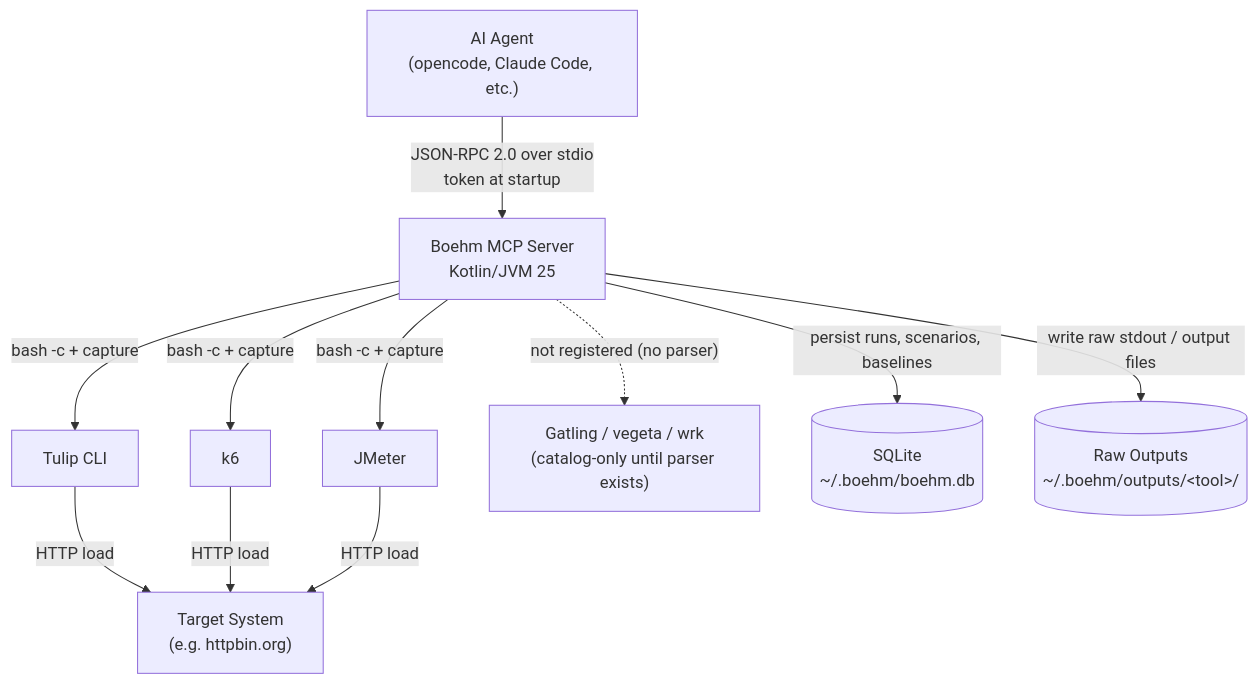
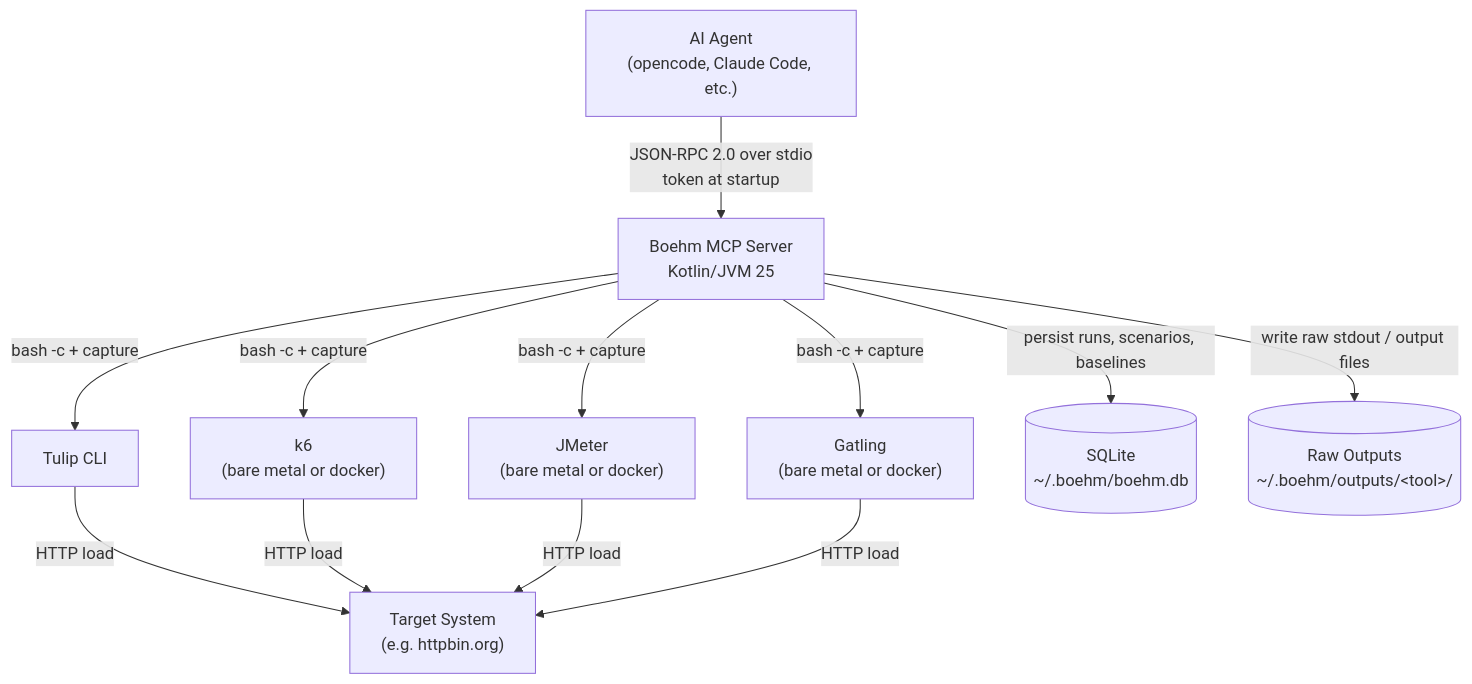
The first of 6 diagrams in docs/architecture.md (bmvanwyk/Boehm), drawn with Mermaid before and after one commit. The commit also changed other lines of this file and 12 other files, not shown here.

First line of the commit message:
feat: add Gatling support, remove vegeta/wrk, docker fallback for jmeter/k6/gatling

````diff
--- a/docs/architecture.md
+++ b/docs/architecture.md
@@ -7,23 +7,24 @@
 ```mermaid
 graph TB
     Agent["AI Agent<br/>(opencode, Claude Code, etc.)"]
     Boehm["Boehm MCP Server<br/>Kotlin/JVM 25"]
     Tulip["Tulip CLI"]
-    K6["k6"]
-    JMeter["JMeter"]
-    Other["Gatling / vegeta / wrk<br/>(catalog-only until parser exists)"]
+    K6["k6<br/>(bare metal or docker)"]
+    JMeter["JMeter<br/>(bare metal or docker)"]
+    Gatling["Gatling<br/>(bare metal or docker)"]
     Target["Target System<br/>(e.g. httpbin.org)"]
     SQLite[(SQLite<br/>~/.boehm/boehm.db)]
     OutputDir[(Raw Outputs<br/>~/.boehm/outputs/&lt;tool&gt;/)]
 
     Agent -- "JSON-RPC 2.0 over stdio<br/>token at startup" --> Boehm
     Boehm -- "bash -c + capture" --> Tulip
     Boehm -- "bash -c + capture" --> K6
     Boehm -- "bash -c + capture" --> JMeter
-    Boehm -. "not registered (no parser)" .-> Other
+    Boehm -- "bash -c + capture" --> Gatling
     Tulip -- "HTTP load" --> Target
     K6 -- "HTTP load" --> Target
     JMeter -- "HTTP load" --> Target
+    Gatling -- "HTTP load" --> Target
     Boehm -- "persist runs, scenarios, baselines" --> SQLite
     Boehm -- "write raw stdout / output files" --> OutputDir
 ```
````
